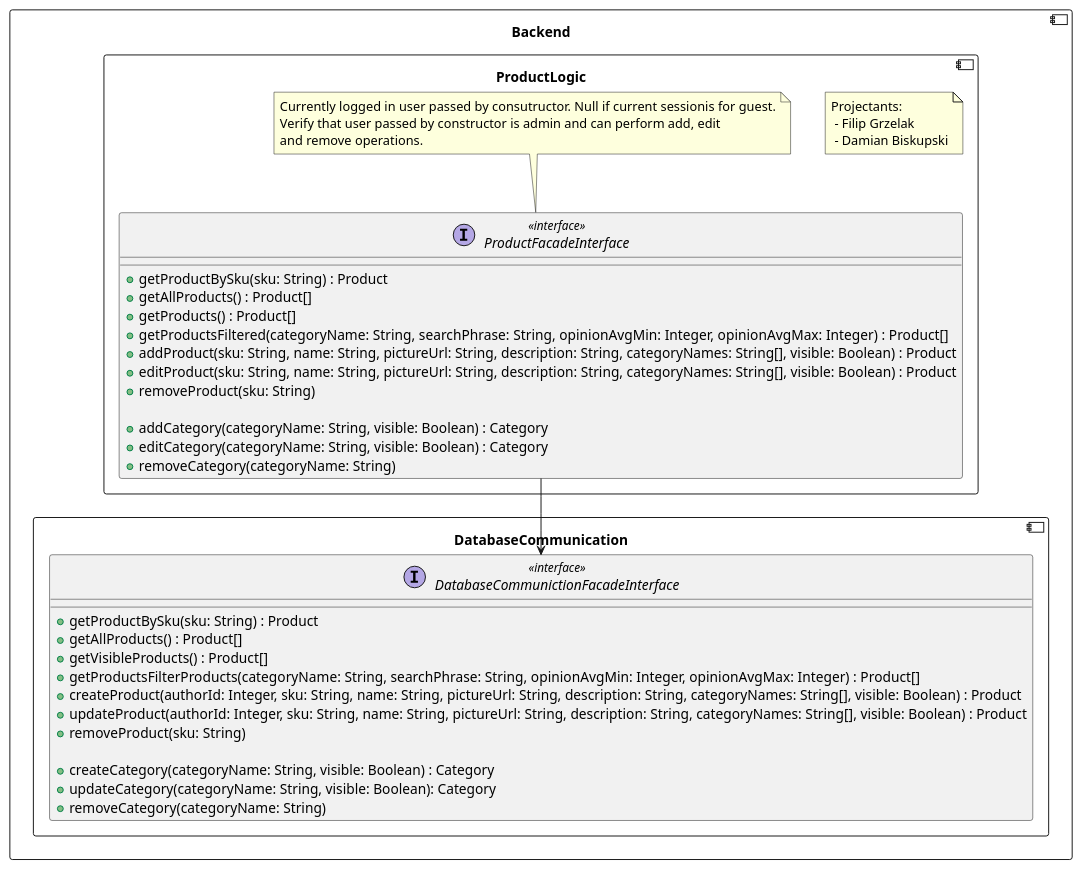
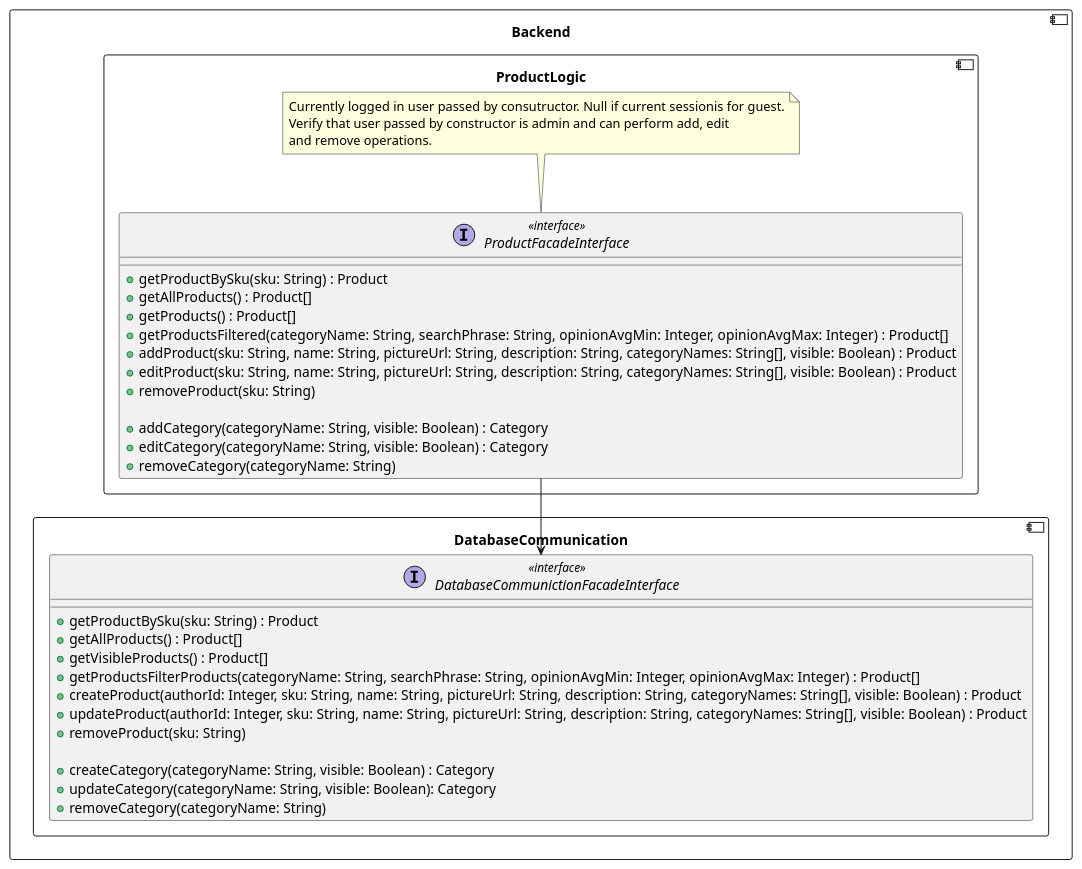
One commit to RadekBucki/OpinionCollectorArchitecture changed the fifth of 9 diagrams in backend/BackendLogic.md. Above: the diagram before and after it, drawn with PlantUML. The commit also changed other lines of this file and 2 other files, not shown here.

Commit message:
BackendLogic description

````diff
--- a/backend/BackendLogic.md
+++ b/backend/BackendLogic.md
@@ -88,50 +137,44 @@
 ```plantuml
 @startuml
 component Backend {
     component DatabaseCommunication {
         interface DatabaseCommunictionFacadeInterface <<interface>> {
             + getProductBySku(sku: String) : Product
             + getAllProducts() : Product[]
             + getVisibleProducts() : Product[]
             + getProductsFilterProducts(categoryName: String, searchPhrase: String, opinionAvgMin: Integer, opinionAvgMax: Integer) : Product[]
             + createProduct(authorId: Integer, sku: String, name: String, pictureUrl: String, description: String, categoryNames: String[], visible: Boolean) : Product
             + updateProduct(authorId: Integer, sku: String, name: String, pictureUrl: String, description: String, categoryNames: String[], visible: Boolean) : Product
             + removeProduct(sku: String)
 
             + createCategory(categoryName: String, visible: Boolean) : Category
             + updateCategory(categoryName: String, visible: Boolean): Category
             + removeCategory(categoryName: String)
         }
     }
     
-    component ProductLogic {
-        note as Authors
-            Projectants: 
-             - Filip Grzelak
-             - Damian Biskupski
-        endnote
-        
+    component ProductLogic {        
         ProductFacadeInterface  --> DatabaseCommunictionFacadeInterface
         interface ProductFacadeInterface <<interface>> {
             + getProductBySku(sku: String) : Product
             + getAllProducts() : Product[]
             + getProducts() : Product[]
             + getProductsFiltered(categoryName: String, searchPhrase: String, opinionAvgMin: Integer, opinionAvgMax: Integer) : Product[]
             + addProduct(sku: String, name: String, pictureUrl: String, description: String, categoryNames: String[], visible: Boolean) : Product
             + editProduct(sku: String, name: String, pictureUrl: String, description: String, categoryNames: String[], visible: Boolean) : Product
             + removeProduct(sku: String)
             
             + addCategory(categoryName: String, visible: Boolean) : Category
             + editCategory(categoryName: String, visible: Boolean) : Category
             + removeCategory(categoryName: String)
         }
     
         note top of ProductFacadeInterface
             Currently logged in user passed by consutructor. Null if current sessionis for guest.
             Verify that user passed by constructor is admin and can perform add, edit
             and remove operations.
         endnote
     }
 }
 @enduml 
 ```
````
